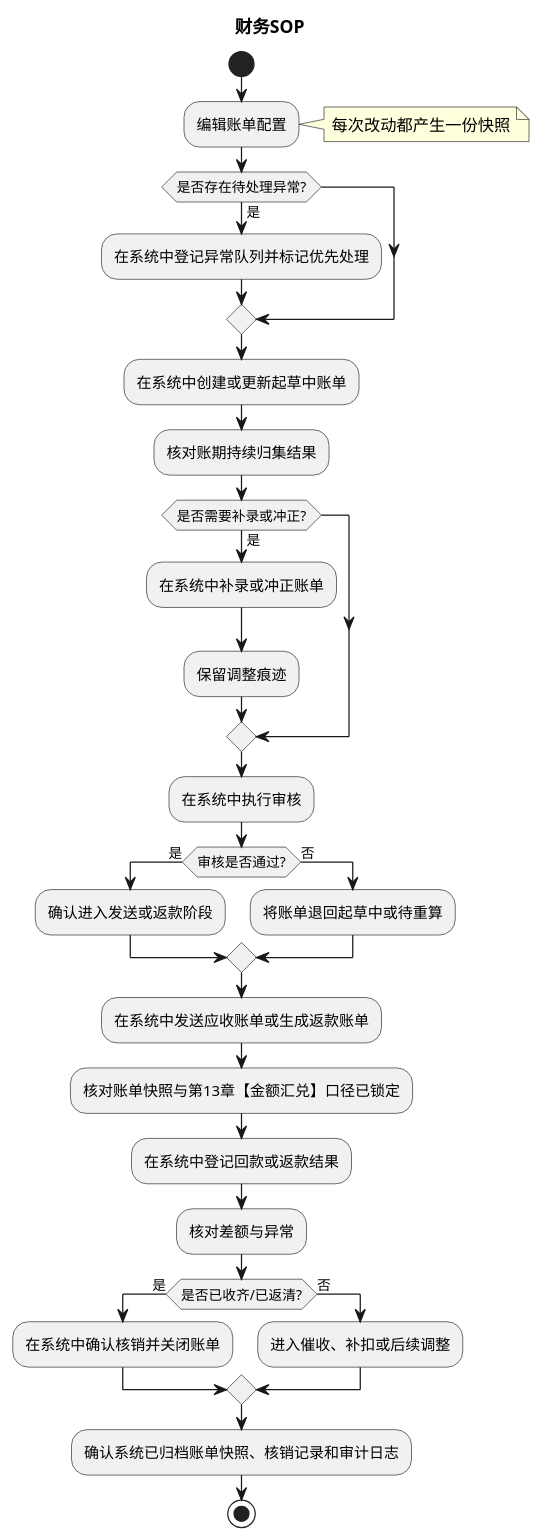
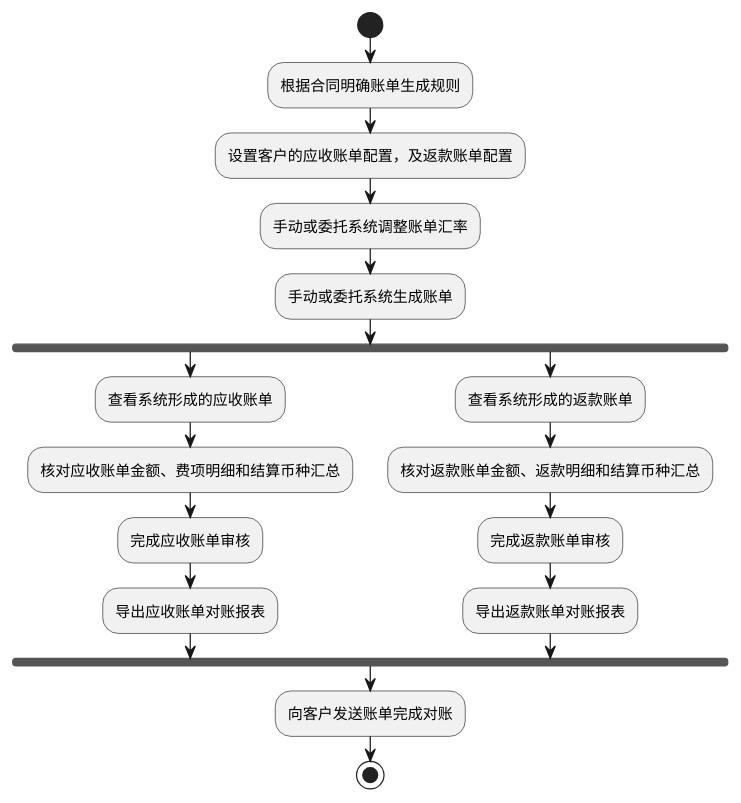
The first of 12 diagrams in product-caliber/bms/prd/财务系统.PRD.md (jack888332/projects-doc), drawn with PlantUML before and after one commit. The commit also changed other lines of this file, not shown here.

````diff
--- a/product-caliber/bms/prd/财务系统.PRD.md
+++ b/product-caliber/bms/prd/财务系统.PRD.md
@@ -178,38 +187,22 @@
 ```plantuml
 @startuml
-title 财务SOP
-skinparam DefaultTextAlignment center
-|财务|
 start
-:编辑账单配置;
-note right
-每次改动都产生一份快照
-end note
-if (是否存在待处理异常?) then (是)
-  :在系统中登记异常队列并标记优先处理;
-endif
-:在系统中创建或更新起草中账单;
-:核对账期持续归集结果;
-if (是否需要补录或冲正?) then (是)
-  :在系统中补录或冲正账单;
-  :保留调整痕迹;
-endif
-:在系统中执行审核;
-if (审核是否通过?) then (是)
-  :确认进入发送或返款阶段;
-else (否)
-  :将账单退回起草中或待重算;
-endif
-:在系统中发送应收账单或生成返款账单;
-:核对账单快照与第13章【金额汇兑】口径已锁定;
-:在系统中登记回款或返款结果;
-:核对差额与异常;
-if (是否已收齐/已返清?) then (是)
-  :在系统中确认核销并关闭账单;
-else (否)
-  :进入催收、补扣或后续调整;
-endif
-:确认系统已归档账单快照、核销记录和审计日志;
+:根据合同明确账单生成规则;
+:设置客户的应收账单配置，及返款账单配置;
+:手动或委托系统调整账单汇率;
+:手动或委托系统生成账单;
+fork
+  :查看系统形成的应收账单;
+  :核对应收账单金额、费项明细和结算币种汇总;
+  :完成应收账单审核;
+  :导出应收账单对账报表;
+fork again
+  :查看系统形成的返款账单;
+  :核对返款账单金额、返款明细和结算币种汇总;
+  :完成返款账单审核;
+  :导出返款账单对账报表;
+end fork
+:向客户发送账单完成对账;
 stop
 @enduml
 ```
````
